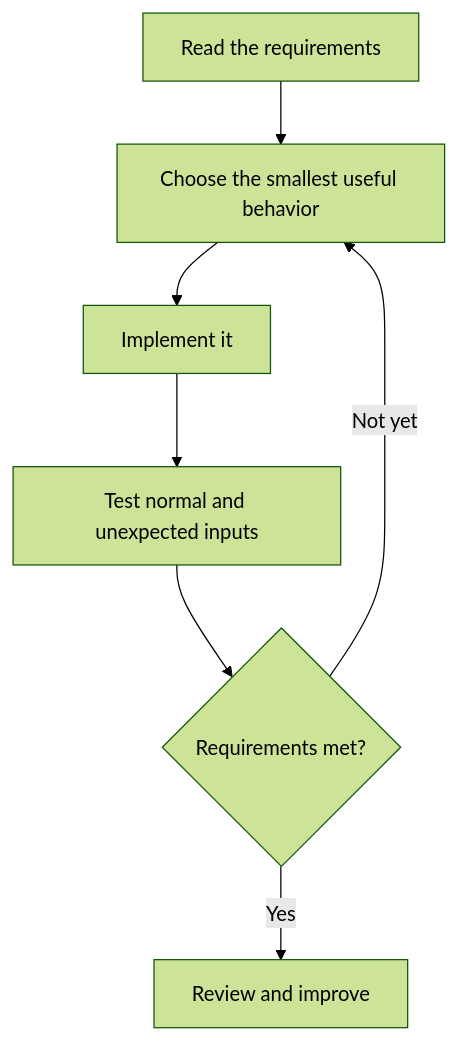
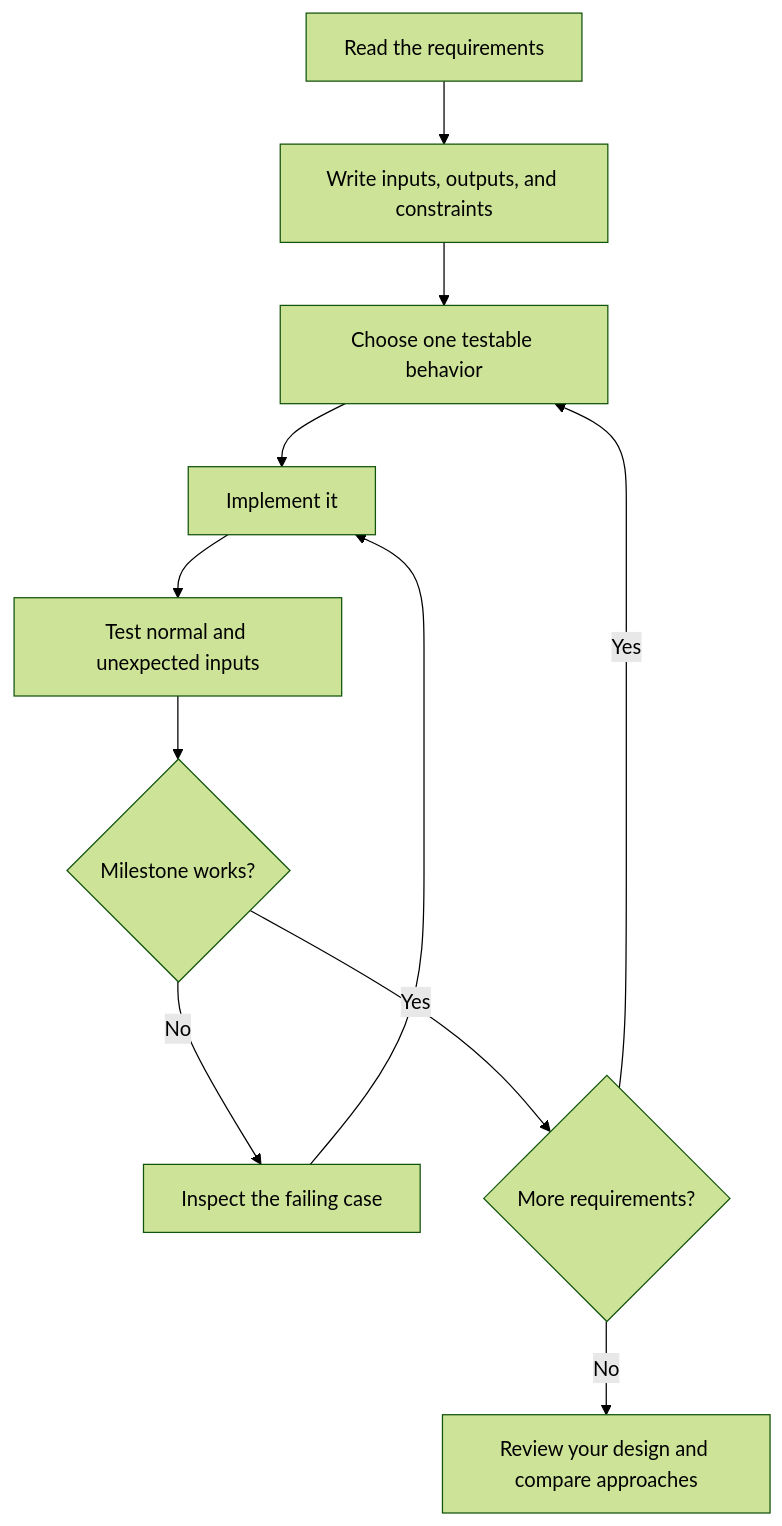
Before and after one commit to nicholasadamou/youbuildit.dev: the diagram in docs/getting-started.md, drawn with Mermaid (forest theme). The commit also changed other lines of this file and 13 other files, not shown here.

Commit message:
docs: expand guides with diagrams and highlighted examples

````diff
--- a/docs/getting-started.md
+++ b/docs/getting-started.md
@@ -21,9 +40,13 @@
 ```mermaid
 flowchart TD
-  Brief[Read the requirements] --> Small[Choose the smallest useful behavior]
+  Brief[Read the requirements] --> Scope[Write inputs, outputs, and constraints]
+  Scope --> Small[Choose one testable behavior]
   Small --> Implement[Implement it]
   Implement --> Test[Test normal and unexpected inputs]
-  Test --> Done{Requirements met?}
-  Done -->|Not yet| Small
-  Done -->|Yes| Review[Review and improve]
+  Test --> Done{Milestone works?}
+  Done -->|No| Debug[Inspect the failing case]
+  Debug --> Implement
+  Done -->|Yes| More{More requirements?}
+  More -->|Yes| Small
+  More -->|No| Review[Review your design and compare approaches]
 ```
````
